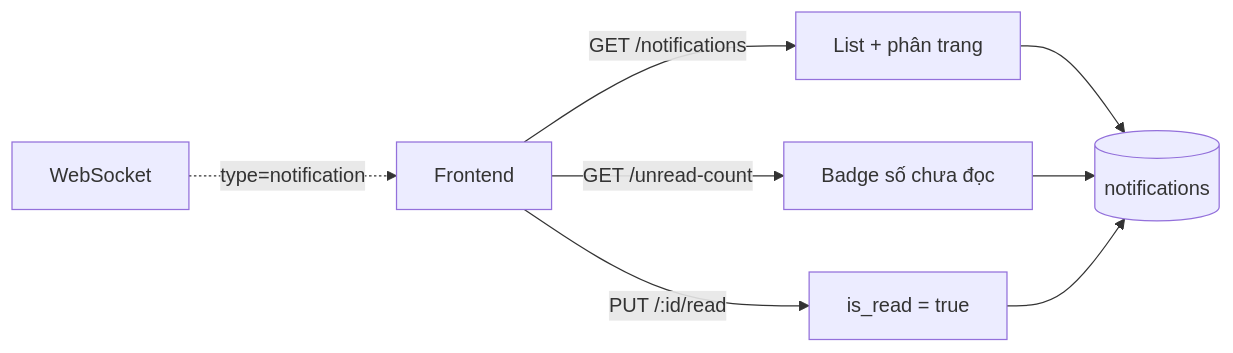
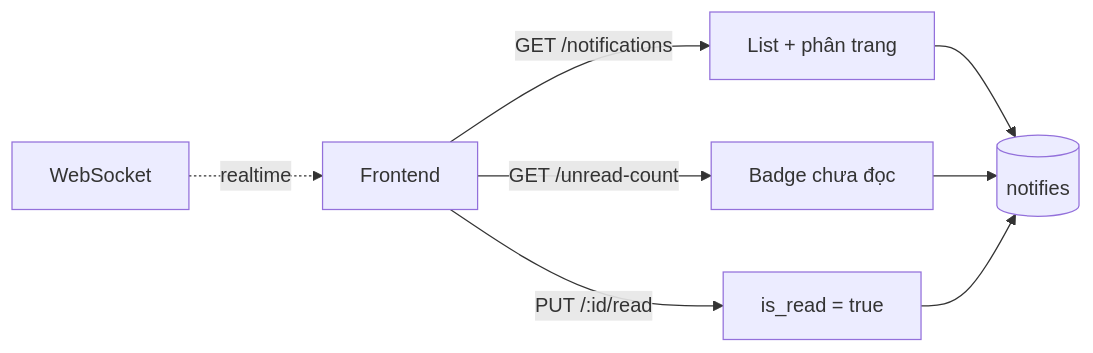
The third of 6 diagrams in technical-proposal-notification-system.md (thanhncTeecom/View-Document-Readme), drawn with Mermaid before and after one commit. The commit also changed other lines of this file, not shown here.

````diff
--- a/technical-proposal-notification-system.md
+++ b/technical-proposal-notification-system.md
@@ -198,10 +111,10 @@
 ```mermaid
 flowchart LR
     FE[Frontend] -->|GET /notifications| L[List + phân trang]
-    FE -->|GET /unread-count| B[Badge số chưa đọc]
+    FE -->|GET /unread-count| B[Badge chưa đọc]
     FE -->|PUT /:id/read| R[is_read = true]
-    WS[WebSocket] -.->|type=notification| FE
-    L --> DB[(notifications)]
+    Hub[WebSocket] -.->|realtime| FE
+    L --> DB[(notifies)]
     B --> DB
     R --> DB
 ```
````
